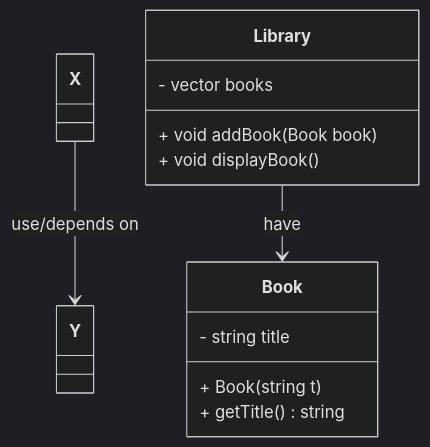
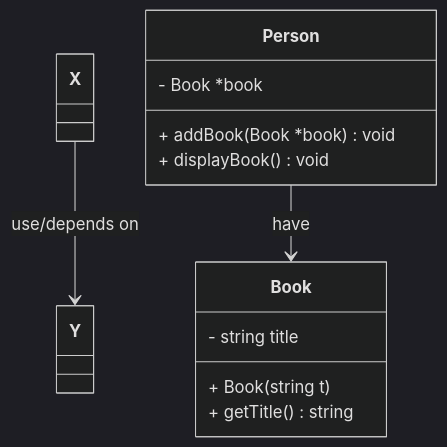
The sixth of 9 diagrams in Notes/README.md (BensonNgu/CPP), drawn with Mermaid (dark theme) before and after one commit. The commit also changed other lines of this file and 6 other files, not shown here.

````diff
--- a/Notes/README.md
+++ b/Notes/README.md
@@ -1972,17 +2040,17 @@
 ```mermaid
 classDiagram
 X --> Y : use/depends on
 
-Library --> Book : have
+Person --> Book : have
 class Book{
   - string title
   + Book(string t)
   + getTitle() string
 }
 
-class Library{
-  - vector<Book> books
-  + void addBook(Book book)
-  + void displayBook() 
+class Person{
+  - Book *book
+  + addBook(Book *book) void
+  + displayBook() void
 }
 ```
````
